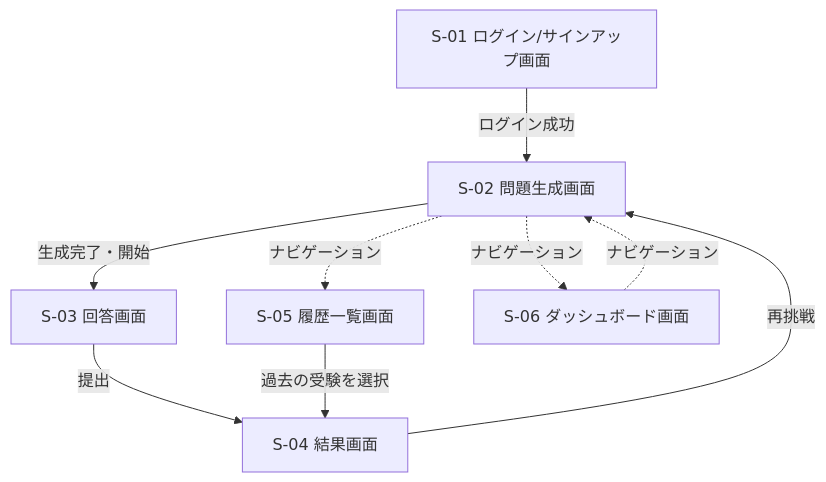
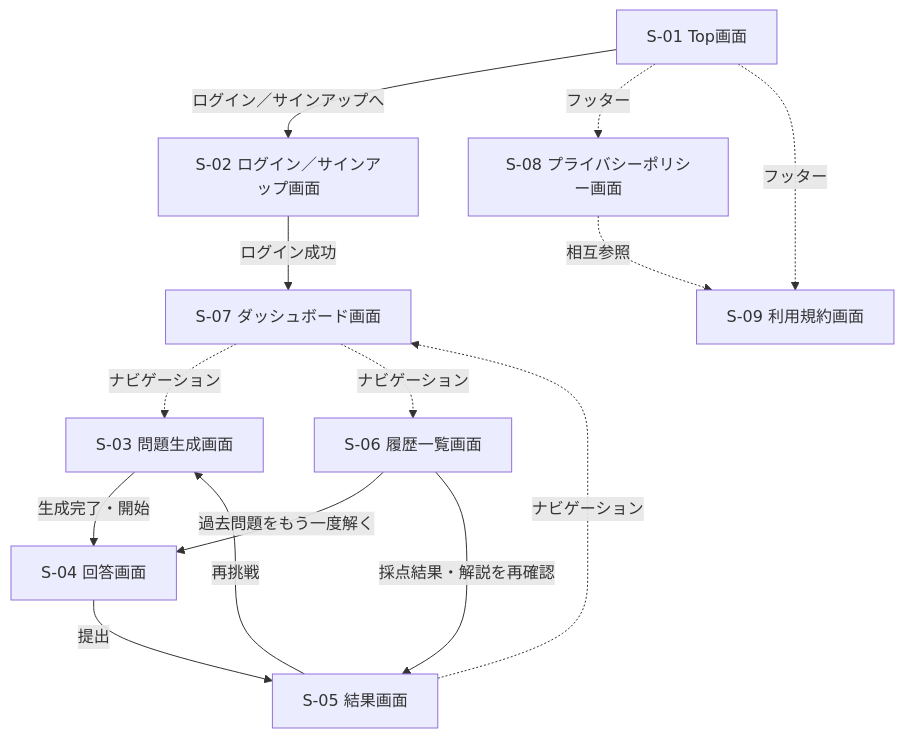
The diagram in docs/画面遷移図.md (h-fujiwara-dev/ielts-creater), drawn with Mermaid before and after one commit. The commit also changed other lines of this file and 75 other files, not shown here.

````diff
--- a/docs/画面遷移図.md
+++ b/docs/画面遷移図.md
@@ -6,11 +7,16 @@
 ```mermaid
 flowchart TD
-    S01[S-01 ログイン/サインアップ画面] -->|ログイン成功| S02[S-02 問題生成画面]
-    S02 -->|生成完了・開始| S03[S-03 回答画面]
-    S03 -->|提出| S04[S-04 結果画面]
-    S04 -->|再挑戦| S02
-    S02 -.ナビゲーション.-> S05[S-05 履歴一覧画面]
-    S02 -.ナビゲーション.-> S06[S-06 ダッシュボード画面]
-    S05 -->|過去の受験を選択| S04
-    S06 -.ナビゲーション.-> S02
+    S01[S-01 Top画面] -->|ログイン／サインアップへ| S02[S-02 ログイン／サインアップ画面]
+    S02 -->|ログイン成功| S07[S-07 ダッシュボード画面]
+    S07 -.ナビゲーション.-> S03[S-03 問題生成画面]
+    S07 -.ナビゲーション.-> S06[S-06 履歴一覧画面]
+    S03 -->|生成完了・開始| S04[S-04 回答画面]
+    S04 -->|提出| S05[S-05 結果画面]
+    S05 -->|再挑戦| S03
+    S05 -.ナビゲーション.-> S07
+    S06 -->|過去問題をもう一度解く| S04
+    S06 -->|採点結果・解説を再確認| S05
+    S01 -.フッター.-> S08[S-08 プライバシーポリシー画面]
+    S01 -.フッター.-> S09[S-09 利用規約画面]
+    S08 -.相互参照.-> S09
 ```
````
